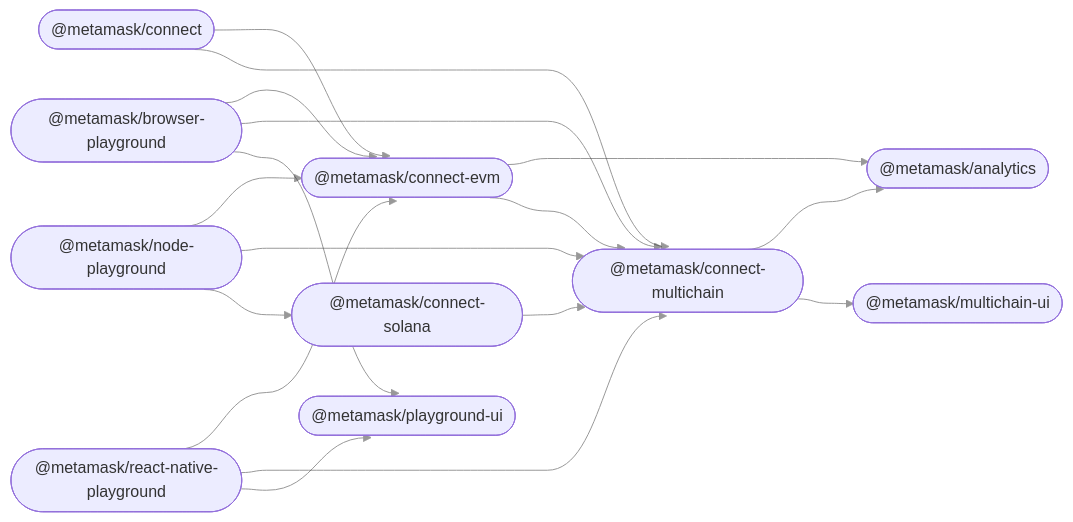
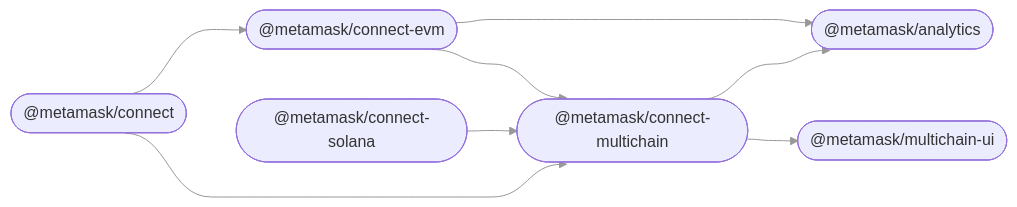
Before and after one commit to MetaMask/connect-monorepo: the diagram in README.md, drawn with Mermaid. The commit also changed other lines of this file and 11 other files, not shown here.

First line of the commit message:
chore: improve package documentation and add architecture diagrams (#315)

````diff
--- a/README.md
+++ b/README.md
@@ -217,31 +247,18 @@
 ```mermaid
 %%{ init: { 'flowchart': { 'curve': 'bumpX' } } }%%
 graph LR;
 linkStyle default opacity:0.5
   analytics(["@metamask/analytics"]);
   connect(["@metamask/connect"]);
   connect_evm(["@metamask/connect-evm"]);
   connect_multichain(["@metamask/connect-multichain"]);
   connect_solana(["@metamask/connect-solana"]);
   multichain_ui(["@metamask/multichain-ui"]);
-  browser_playground(["@metamask/browser-playground"]);
-  node_playground(["@metamask/node-playground"]);
-  playground_ui(["@metamask/playground-ui"]);
-  react_native_playground(["@metamask/react-native-playground"]);
   connect --> connect_evm;
   connect --> connect_multichain;
   connect_evm --> analytics;
   connect_evm --> connect_multichain;
   connect_multichain --> analytics;
   connect_multichain --> multichain_ui;
   connect_solana --> connect_multichain;
-  browser_playground --> connect_evm;
-  browser_playground --> connect_multichain;
-  browser_playground --> playground_ui;
-  node_playground --> connect_evm;
-  node_playground --> connect_multichain;
-  node_playground --> connect_solana;
-  react_native_playground --> connect_evm;
-  react_native_playground --> connect_multichain;
-  react_native_playground --> playground_ui;
 ```
````
